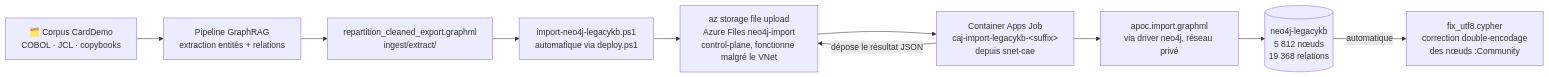
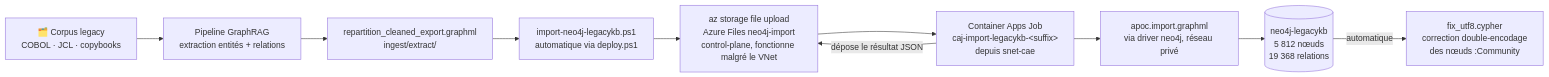
Before and after one commit to vgicquiau/notebooklm-azure: diagram 15 of 15 in ARCHITECTURE.md, drawn with Mermaid. The commit also changed other lines of this file and 7 other files, not shown here.

First line of the commit message:
fix: route le tool-calling legacykb du Chat vers ca-api en local + retire les refs CardDemo

````diff
--- a/ARCHITECTURE.md
+++ b/ARCHITECTURE.md
@@ -1565,12 +1565,12 @@
 ```mermaid
 flowchart LR
-    A[🗂️ Corpus CardDemo\nCOBOL · JCL · copybooks] --> B[Pipeline GraphRAG\nextraction entités + relations]
+    A[🗂️ Corpus legacy\nCOBOL · JCL · copybooks] --> B[Pipeline GraphRAG\nextraction entités + relations]
     B --> C[repartition_cleaned_export.graphml\ningest/extract/]
     C --> D[import-neo4j-legacykb.ps1\nautomatique via deploy.ps1]
     D --> E[az storage file upload\nAzure Files neo4j-import\ncontrol-plane, fonctionne malgré le VNet]
     E --> F[Container Apps Job\ncaj-import-legacykb-&lt;suffix&gt;\ndepuis snet-cae]
     F --> G2[apoc.import.graphml\nvia driver neo4j, réseau privé]
     G2 --> G[(neo4j-legacykb\n5 812 nœuds\n19 368 relations)]
     G -->|automatique| H[fix_utf8.cypher\ncorrection double-encodage\ndes nœuds :Community]
     F -->|dépose le résultat JSON| E
 ```
````
